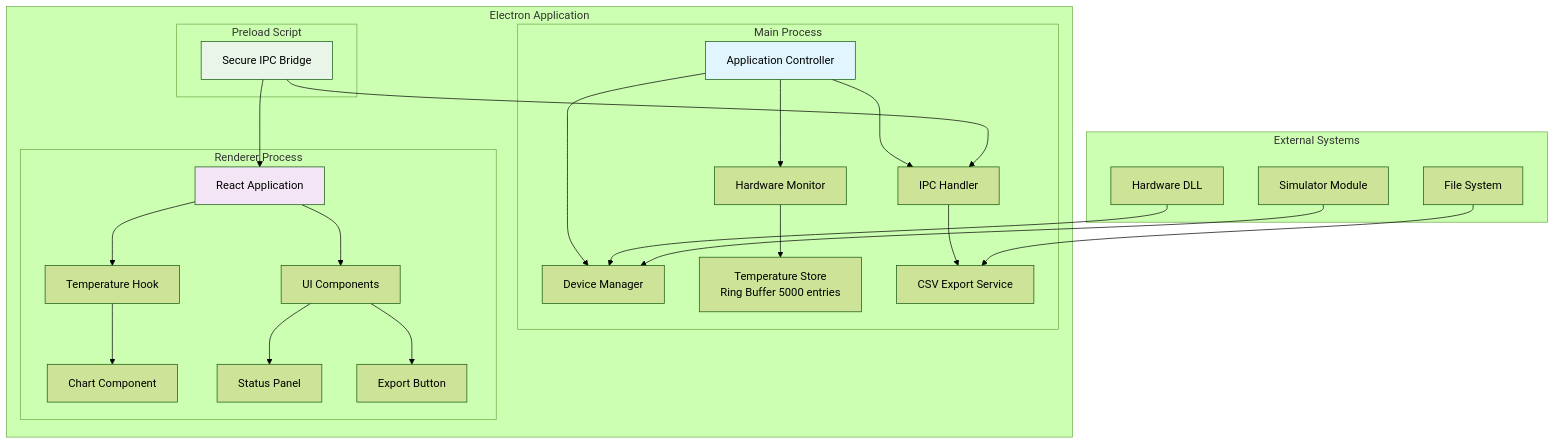
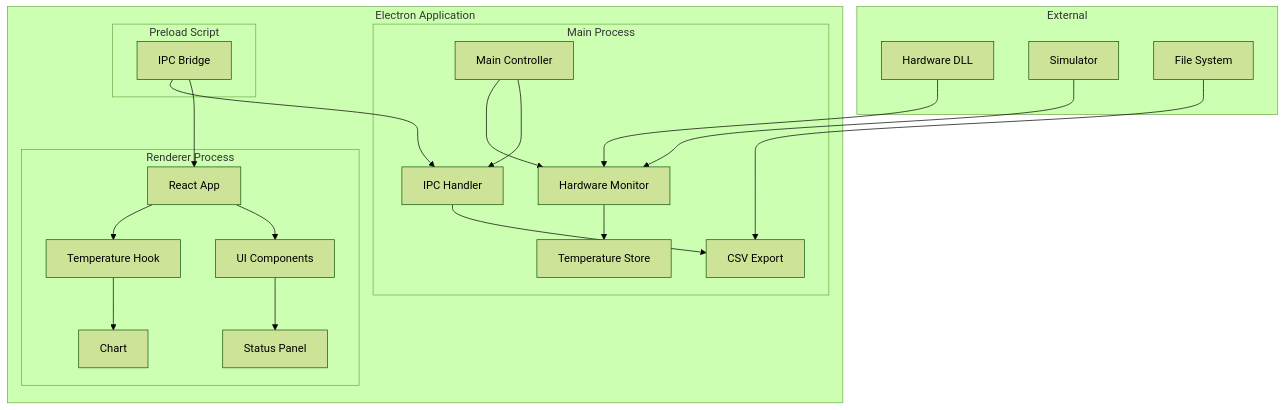
The first of 3 diagrams in docs/SYSTEM_ARCHITECTURE.md (Interlaken0/temperature-plotter), drawn with Mermaid (forest theme) before and after one commit. The commit also changed other lines of this file and 7 other files, not shown here.

````diff
--- a/docs/SYSTEM_ARCHITECTURE.md
+++ b/docs/SYSTEM_ARCHITECTURE.md
@@ -17,35 +9,29 @@
 ```mermaid
 graph TB
     subgraph "Electron Application"
         subgraph "Main Process"
-            A[Application Controller] --> B[Hardware Monitor]
+            A[Main Controller] --> B[Hardware Monitor]
             A --> C[IPC Handler]
-            A --> D[Device Manager]
-            B --> E[Temperature Store<br/>Ring Buffer 5000 entries]
-            C --> F[CSV Export Service]
+            B --> D[Temperature Store]
+            C --> E[CSV Export]
         end
         
         subgraph "Renderer Process"
-            G[React Application] --> H[Temperature Hook]
-            G --> I[UI Components]
-            H --> J[Chart Component]
-            I --> K[Status Panel]
-            I --> L[Export Button]
+            F[React App] --> G[Temperature Hook]
+            F --> H[UI Components]
+            G --> I[Chart]
+            H --> J[Status Panel]
         end
         
         subgraph "Preload Script"
-            M[Secure IPC Bridge] --> C
-            M --> G
+            K[IPC Bridge] --> C
+            K --> F
         end
     end
     
-    subgraph "External Systems"
-        N[Hardware DLL] --> D
-        O[Simulator Module] --> D
-        P[File System] --> F
+    subgraph "External"
+        L[Hardware DLL] --> B
+        M[Simulator] --> B
+        N[File System] --> E
     end
-    
-    style A fill:#e1f5fe,color:#000000
-    style G fill:#f3e5f5,color:#000000
-    style M fill:#e8f5e8,color:#000000
 ```
````
